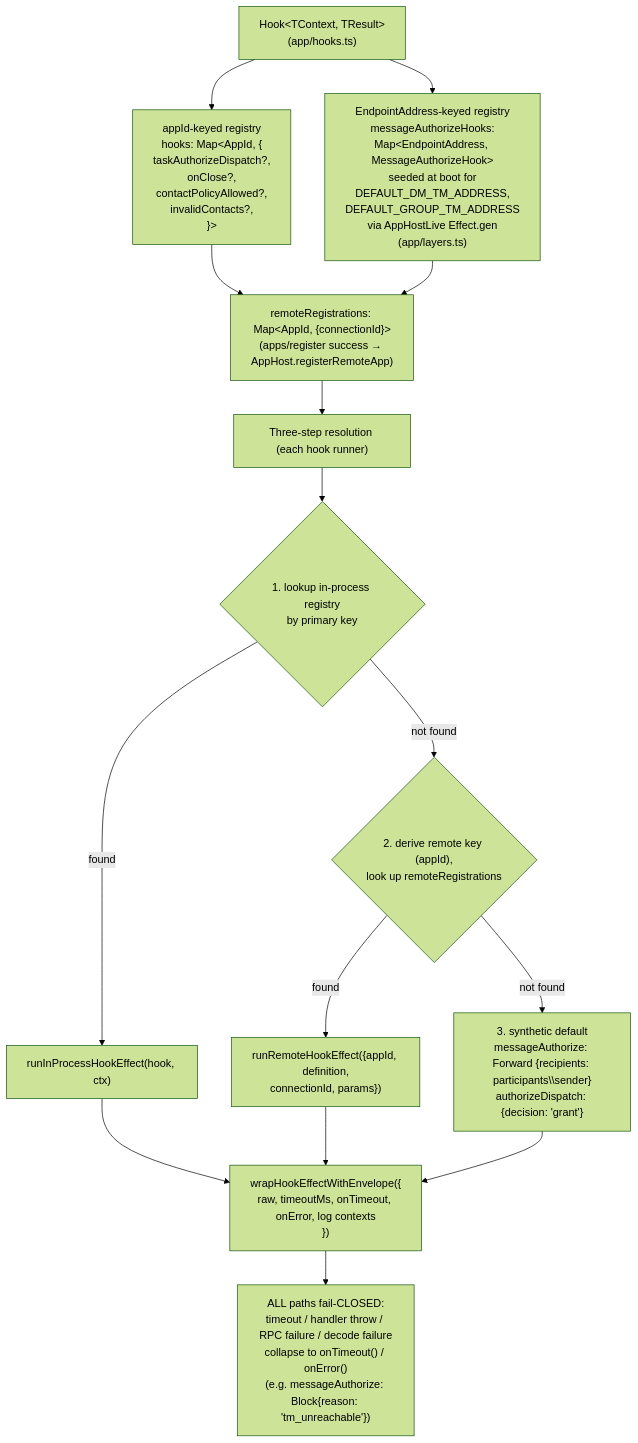
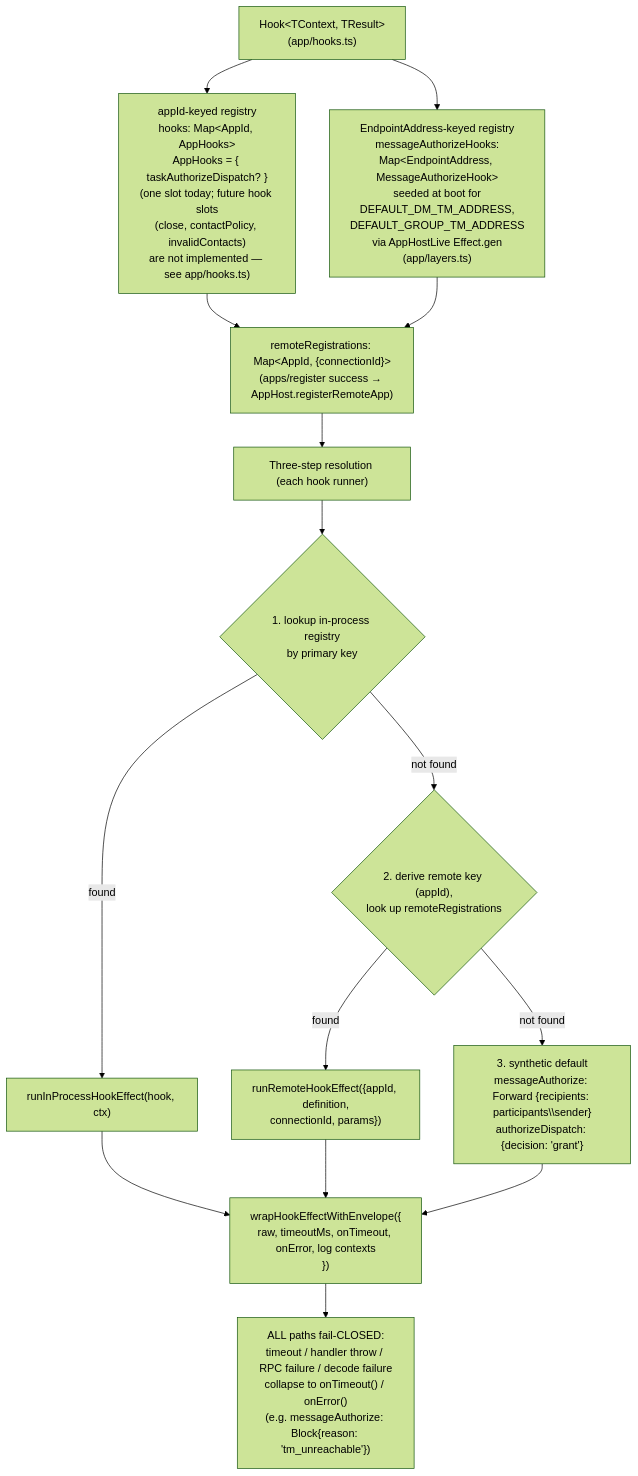
The diagram in packages/server/docs/architecture/05-app-host-hook-unification.md (chughtapan/moltzap), drawn with Mermaid (forest theme) before and after one commit. The commit also changed 22 other files, not shown here.

First line of the commit message:
docs: clean up 27 architecture-doc staleness findings

````diff
--- a/packages/server/docs/architecture/05-app-host-hook-unification.md
+++ b/packages/server/docs/architecture/05-app-host-hook-unification.md
@@ -9,25 +9,25 @@
 ```mermaid
 flowchart TD
     Hook["Hook&lt;TContext, TResult&gt;<br/>(app/hooks.ts)"]
 
-    Hook --> RegA["appId-keyed registry<br/>hooks: Map&lt;AppId, {<br/>  taskAuthorizeDispatch?,<br/>  onClose?,<br/>  contactPolicyAllowed?,<br/>  invalidContacts?,<br/>}>"]
+    Hook --> RegA["appId-keyed registry<br/>hooks: Map&lt;AppId, AppHooks&gt;<br/>AppHooks = { taskAuthorizeDispatch? }<br/>(one slot today; future hook slots<br/>(close, contactPolicy, invalidContacts)<br/>are not implemented — see app/hooks.ts)"]
 
     Hook --> RegB["EndpointAddress-keyed registry<br/>messageAuthorizeHooks:<br/>Map&lt;EndpointAddress, MessageAuthorizeHook&gt;<br/>seeded at boot for<br/>DEFAULT_DM_TM_ADDRESS,<br/>DEFAULT_GROUP_TM_ADDRESS<br/>via AppHostLive Effect.gen<br/>(app/layers.ts)"]
 
     RegA --> Remote["remoteRegistrations: Map&lt;AppId, {connectionId}&gt;<br/>(apps/register success → AppHost.registerRemoteApp)"]
     RegB --> Remote
 
     Remote --> Resolve["Three-step resolution (each hook runner)"]
 
     Resolve --> Step1{"1. lookup in-process registry<br/>by primary key"}
     Step1 -->|"found"| IP["runInProcessHookEffect(hook, ctx)"]
     Step1 -->|"not found"| Step2{"2. derive remote key (appId),<br/>look up remoteRegistrations"}
     Step2 -->|"found"| RP["runRemoteHookEffect({appId, definition,<br/>connectionId, params})"]
     Step2 -->|"not found"| Step3["3. synthetic default<br/>messageAuthorize: Forward {recipients: participants\\sender}<br/>authorizeDispatch: {decision: 'grant'}"]
 
     IP --> Envelope["wrapHookEffectWithEnvelope({<br/>raw, timeoutMs, onTimeout, onError, log contexts<br/>})"]
     RP --> Envelope
     Step3 --> Envelope
 
     Envelope --> FailClosed["ALL paths fail-CLOSED:<br/>timeout / handler throw / RPC failure / decode failure<br/>collapse to onTimeout() / onError()<br/>(e.g. messageAuthorize: Block{reason: 'tm_unreachable'})"]
 ```
````
